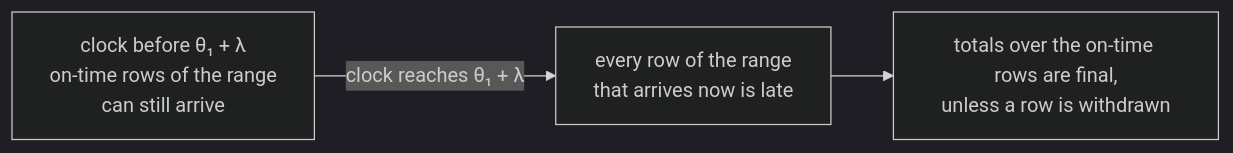
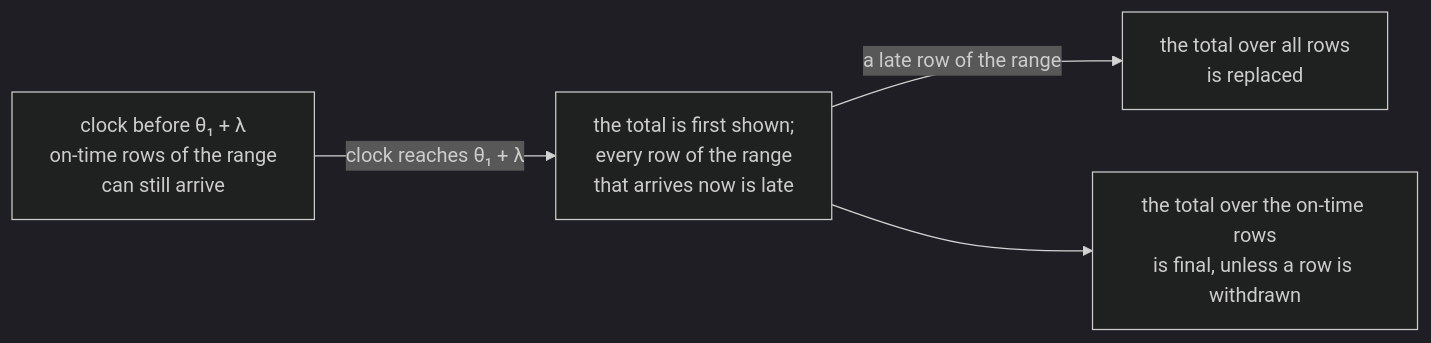
Before and after one commit to abossard/sattle: the first of 2 diagrams in paper/core/ch06-time.md, drawn with Mermaid (dark theme). The commit also changed other lines of this file and 4 other files, not shown here.

````diff
--- a/paper/core/ch06-time.md
+++ b/paper/core/ch06-time.md
@@ -14,5 +14,6 @@
 ```mermaid
 flowchart LR
-  A["clock before θ₁ + λ<br/>on-time rows of the range<br/>can still arrive"] -->|"clock reaches θ₁ + λ"| B["every row of the range<br/>that arrives now is late"]
-  B --> C["totals over the on-time rows are final,<br/>unless a row is withdrawn"]
+  A["clock before θ₁ + λ<br/>on-time rows of the range<br/>can still arrive"] -->|"clock reaches θ₁ + λ"| B["the total is first shown;<br/>every row of the range<br/>that arrives now is late"]
+  B -->|"a late row of the range"| C["the total over all rows<br/>is replaced"]
+  B --> D["the total over the on-time rows<br/>is final, unless a row is withdrawn"]
 ```
````
